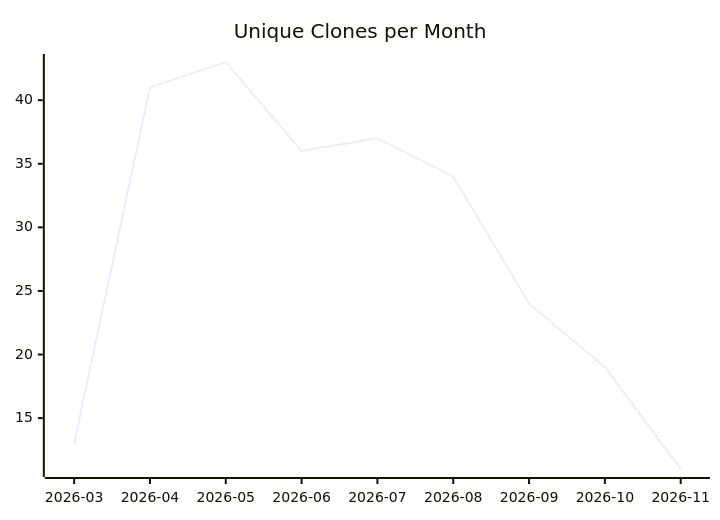
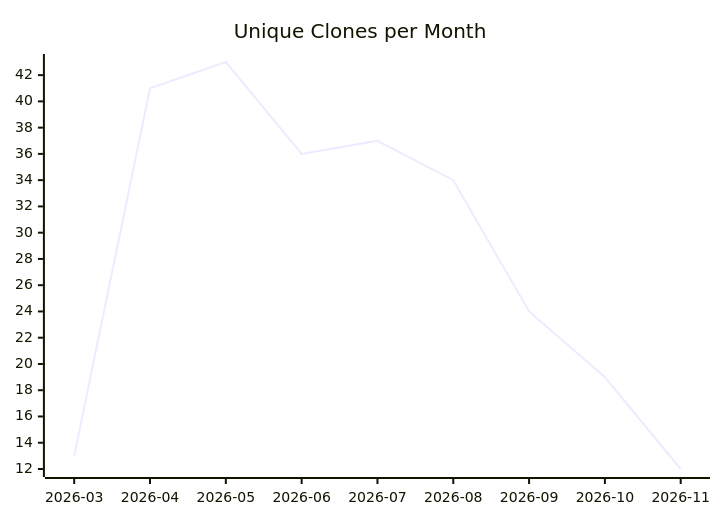
One commit to justdavis-family/github-analytics-data changed the third of 3 diagrams in karlmdavis/usgs-water-api-java/README.md. Above: the diagram before and after it, drawn with Mermaid. The commit also changed other lines of this file and 194 other files, not shown here.

````diff
--- a/karlmdavis/usgs-water-api-java/README.md
+++ b/karlmdavis/usgs-water-api-java/README.md
@@ -19,6 +19,6 @@
 ```mermaid
 xychart-beta
   title "Unique Clones per Month"
   x-axis ["2026-03", "2026-04", "2026-05", "2026-06", "2026-07", "2026-08", "2026-09", "2026-10", "2026-11"]
-  line [13, 41, 43, 36, 37, 34, 24, 19, 11]
+  line [13, 41, 43, 36, 37, 34, 24, 19, 12]
 ```
````
